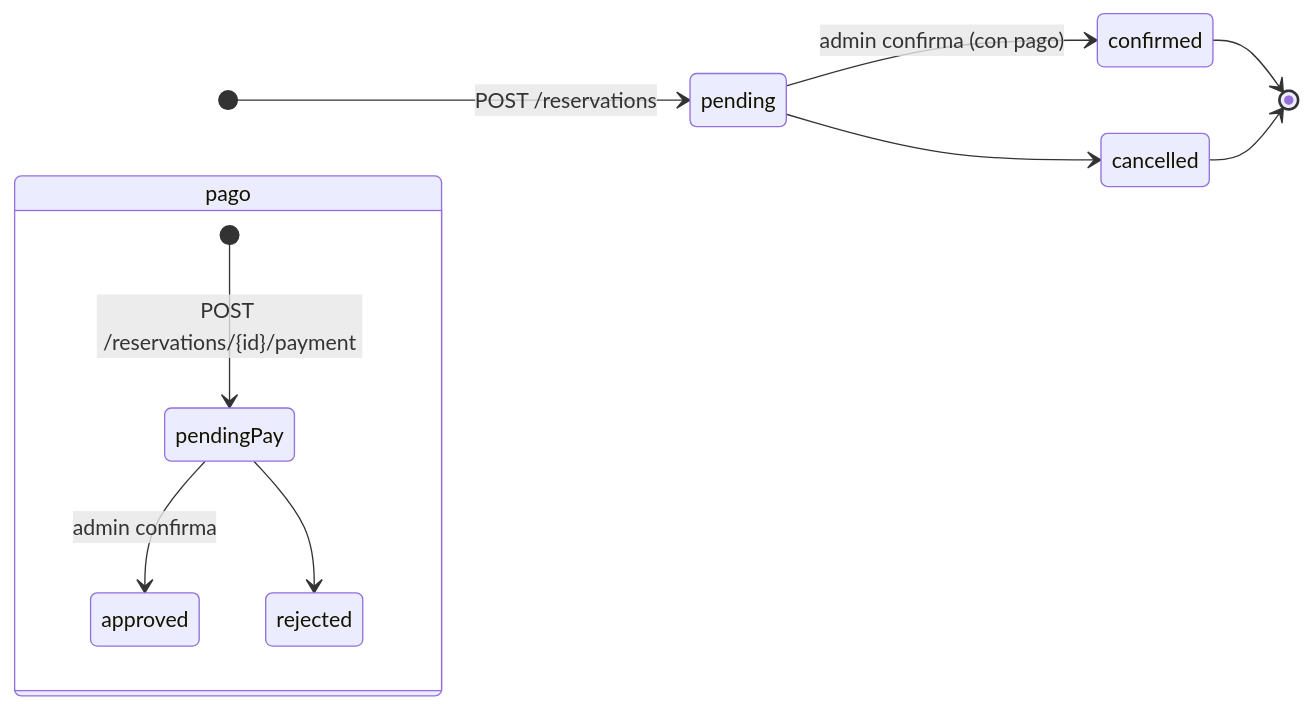
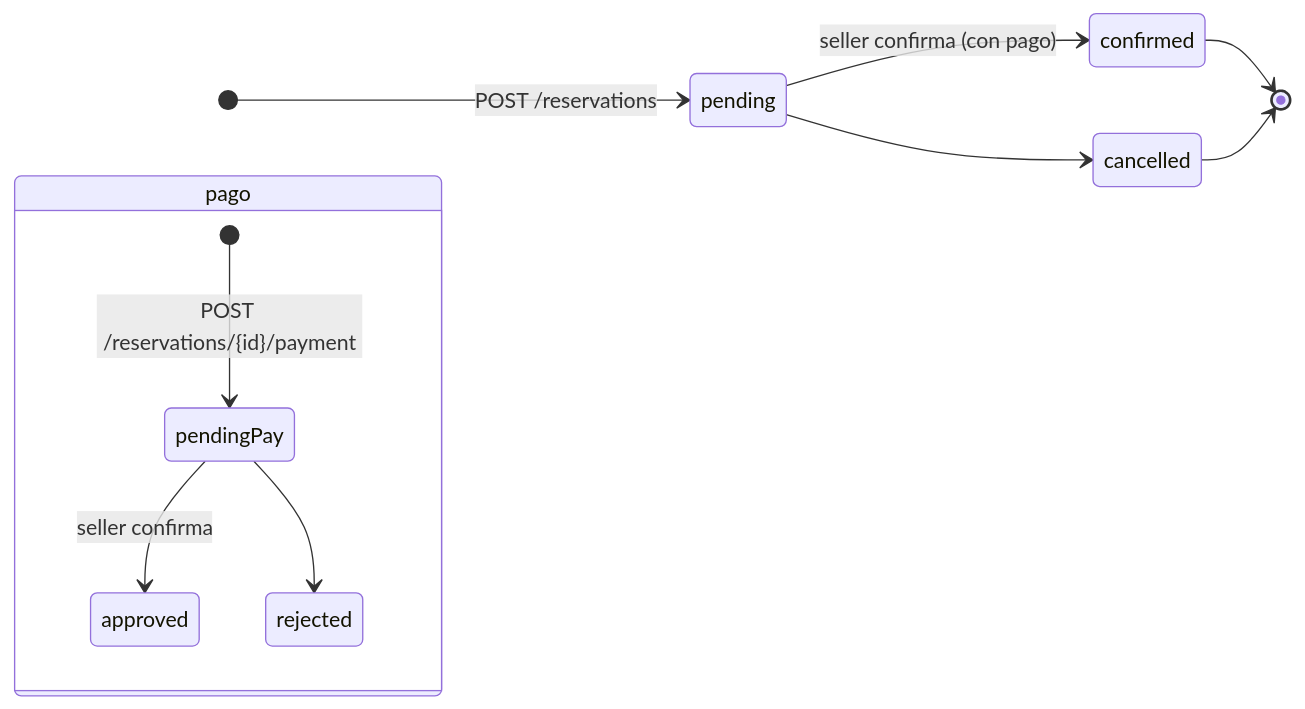
The second of 2 diagrams in docs/arquitectura.md (pinolrent/pinolrent-api), drawn with Mermaid before and after one commit. The commit also changed other lines of this file and 9 other files, not shown here.

````diff
--- a/docs/arquitectura.md
+++ b/docs/arquitectura.md
@@ -77,15 +84,15 @@
 ```mermaid
 stateDiagram-v2
     direction LR
     [*] --> pending: POST /reservations
-    pending --> confirmed: admin confirma (con pago)
+    pending --> confirmed: seller confirma (con pago)
     pending --> cancelled
     confirmed --> [*]
     cancelled --> [*]
 
     state "pago" as p {
         [*] --> pendingPay: POST /reservations/{id}/payment
-        pendingPay --> approved: admin confirma
+        pendingPay --> approved: seller confirma
         pendingPay --> rejected
     }
 ```
````
